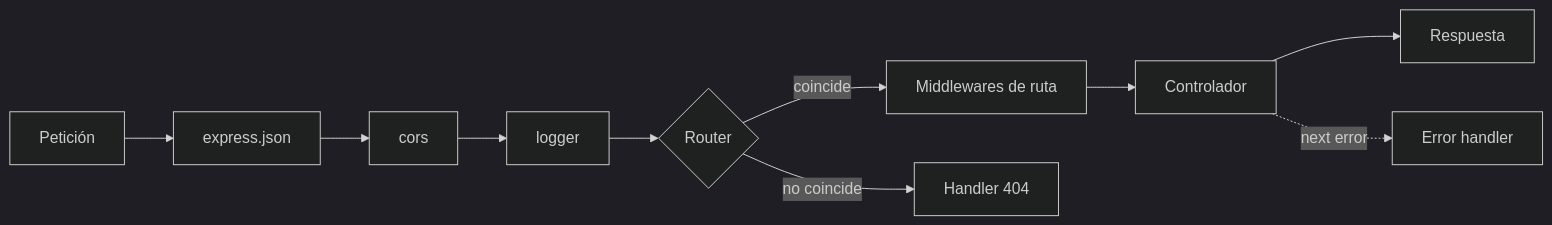
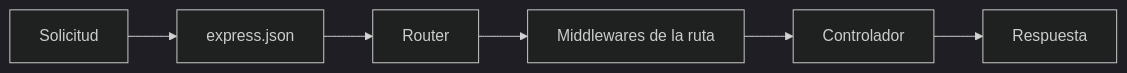
One commit to bbautista2026ipf-star/javascript-documentacion-berenfeld-bautista changed the diagram in backend/04-express/README.md. Above: the diagram before and after it, drawn with Mermaid (dark theme). The commit also changed other lines of this file, not shown here.

Commit message:
refactor: se alineó el módulo 04 de Express con la práctica de API REST

````diff
--- a/backend/04-express/README.md
+++ b/backend/04-express/README.md
@@ -106,12 +96,8 @@
 ```mermaid
 flowchart LR
-    A[Petición] --> B[express.json]
-    B --> C[cors]
-    C --> D[logger]
-    D --> E{Router}
-    E -->|coincide| F[Middlewares de ruta]
-    F --> G[Controlador]
-    G --> H[Respuesta]
-    E -->|no coincide| I[Handler 404]
-    G -.->|next error| J[Error handler]
+    A[Solicitud] --> B[express.json]
+    B --> C[Router]
+    C --> D[Middlewares de la ruta]
+    D --> E[Controlador]
+    E --> F[Respuesta]
 ```
````
